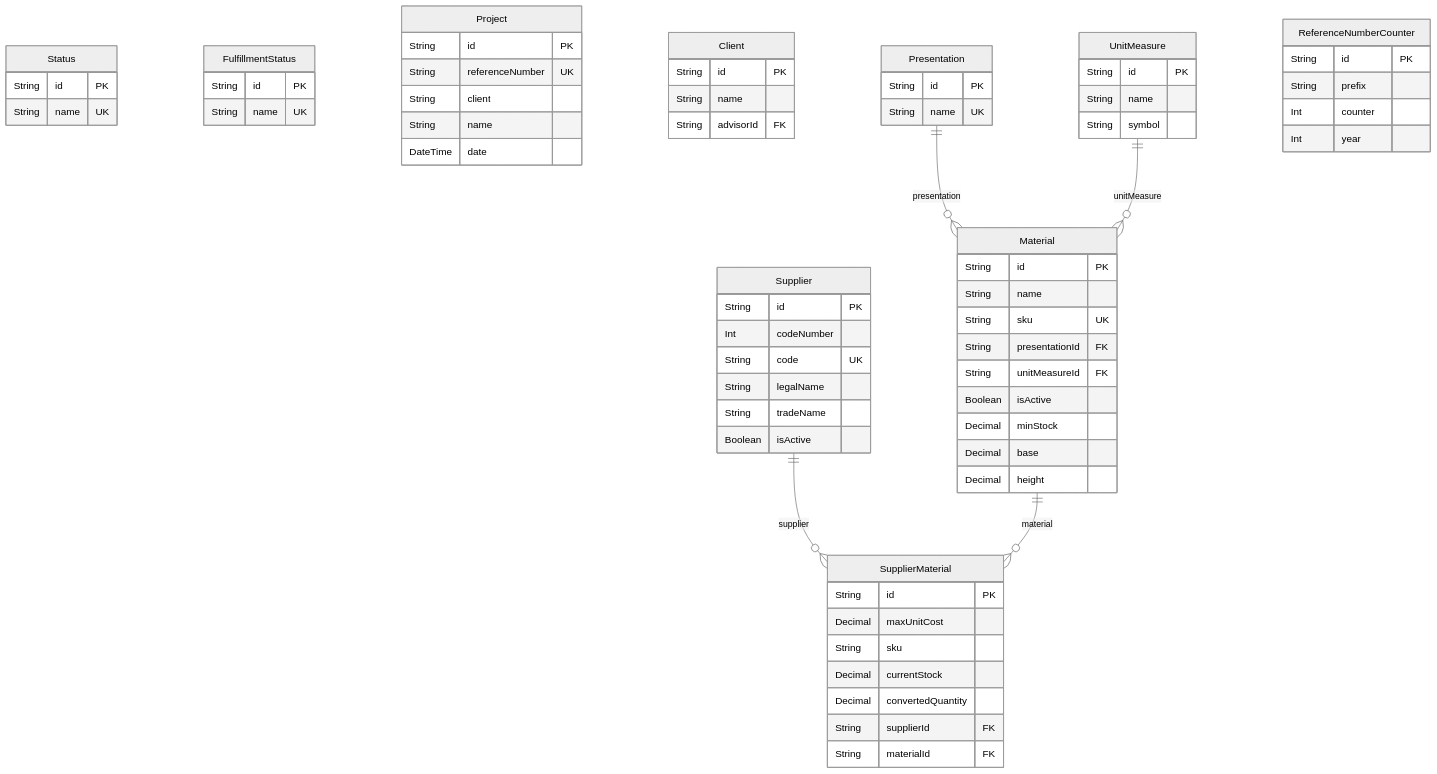
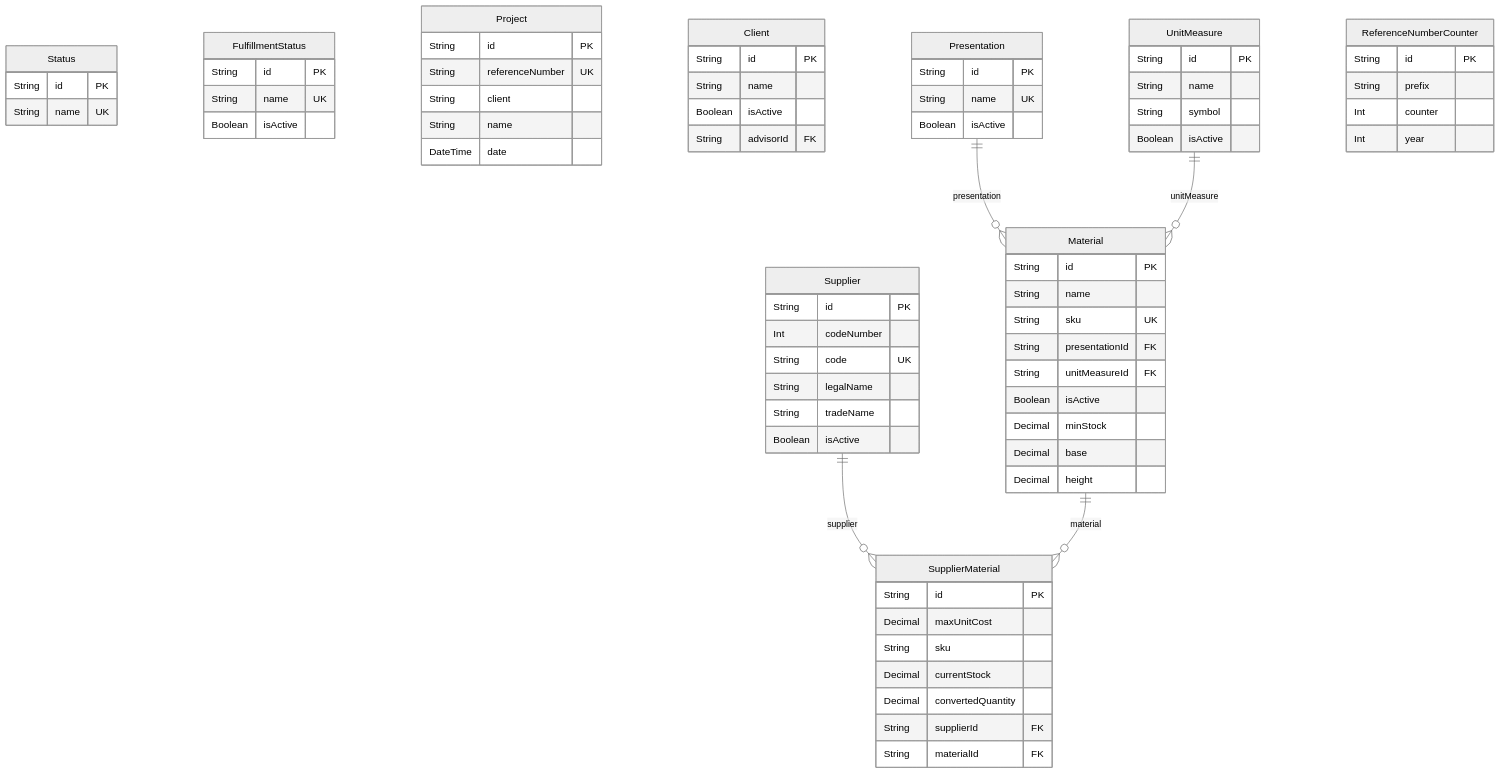
Before and after one commit to gpgsistemas01/nexus: the second of 5 diagrams in docs/generated/database-schema.md, drawn with Mermaid (neutral theme). The commit also changed other lines of this file and 66 other files, not shown here.

````diff
--- a/docs/generated/database-schema.md
+++ b/docs/generated/database-schema.md
@@ -77,70 +79,74 @@
 ```mermaid
 erDiagram
     Status {
         String id PK
         String name UK
     }
     FulfillmentStatus {
         String id PK
         String name UK
+        Boolean isActive
     }
     Project {
         String id PK
         String referenceNumber UK
         String client
         String name
         DateTime date
     }
     Client {
         String id PK
         String name
+        Boolean isActive
         String advisorId FK
     }
     Supplier {
         String id PK
         Int codeNumber
         String code UK
         String legalName
         String tradeName
         Boolean isActive
     }
     Material {
         String id PK
         String name
         String sku UK
         String presentationId FK
         String unitMeasureId FK
         Boolean isActive
         Decimal minStock
         Decimal base
         Decimal height
     }
     UnitMeasure {
         String id PK
         String name
         String symbol
+        Boolean isActive
     }
     Presentation {
         String id PK
         String name UK
+        Boolean isActive
     }
     SupplierMaterial {
         String id PK
         Decimal maxUnitCost
         String sku
         Decimal currentStock
         Decimal convertedQuantity
         String supplierId FK
         String materialId FK
     }
     ReferenceNumberCounter {
         String id PK
         String prefix
         Int counter
         Int year
     }
     Presentation ||--o{ Material : "presentation"
     UnitMeasure ||--o{ Material : "unitMeasure"
     Supplier ||--o{ SupplierMaterial : "supplier"
     Material ||--o{ SupplierMaterial : "material"
 ```
````
